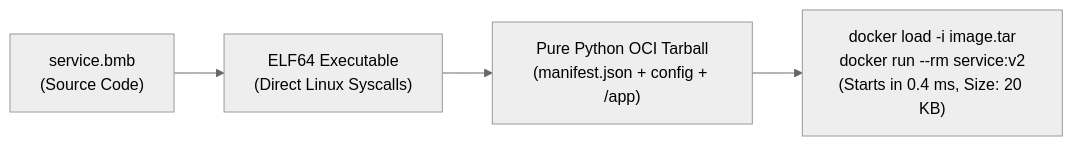
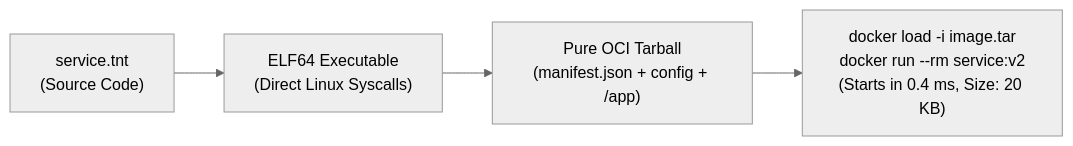
Before and after one commit to kicode01/blackmamba-lang: the third of 4 diagrams in README.md, drawn with Mermaid (neutral theme). The commit also changed other lines of this file and 9 other files, not shown here.

````diff
--- a/README.md
+++ b/README.md
@@ -177,6 +200,6 @@
 ```mermaid
 flowchart LR
-    SRC["service.bmb\n(Source Code)"] --> ELF["ELF64 Executable\n(Direct Linux Syscalls)"]
-    ELF --> OCI["Pure Python OCI Tarball\n(manifest.json + config + /app)"]
+    SRC["service.tnt\n(Source Code)"] --> ELF["ELF64 Executable\n(Direct Linux Syscalls)"]
+    ELF --> OCI["Pure OCI Tarball\n(manifest.json + config + /app)"]
     OCI --> RUN["docker load -i image.tar\ndocker run --rm service:v2\n(Starts in 0.4 ms, Size: 20 KB)"]
 ```
````
